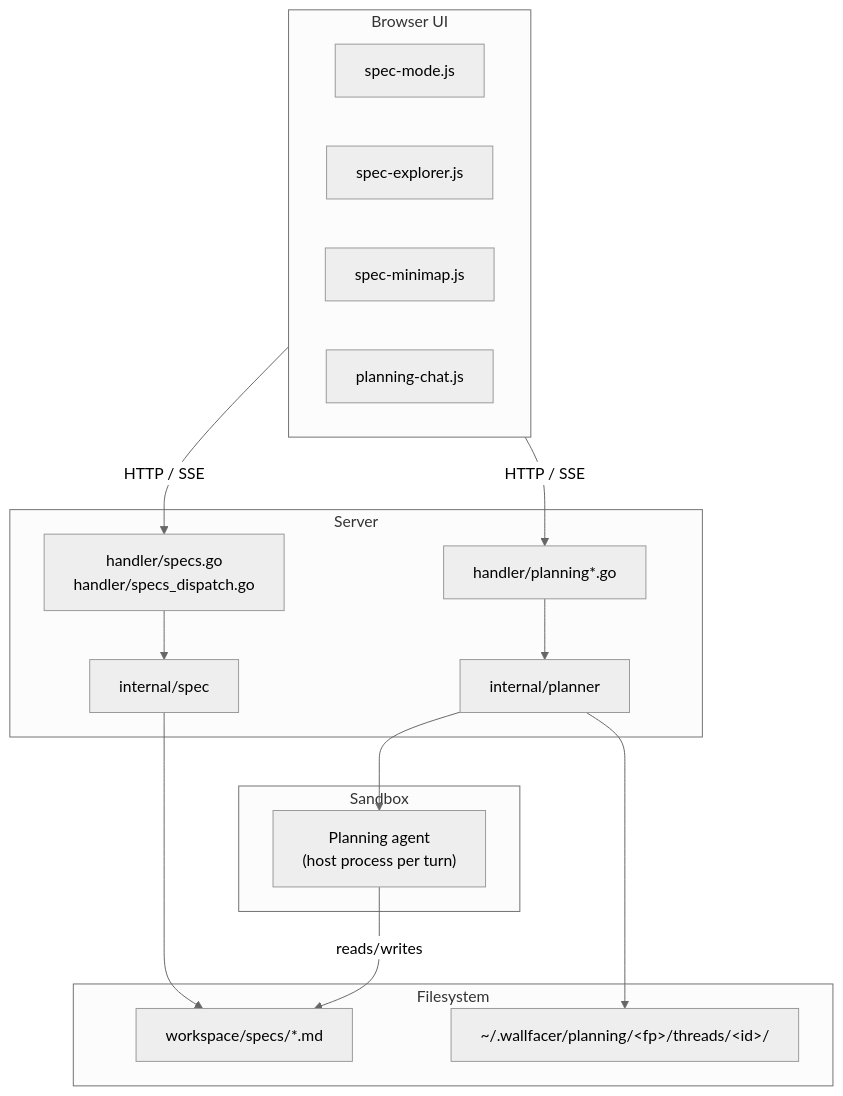
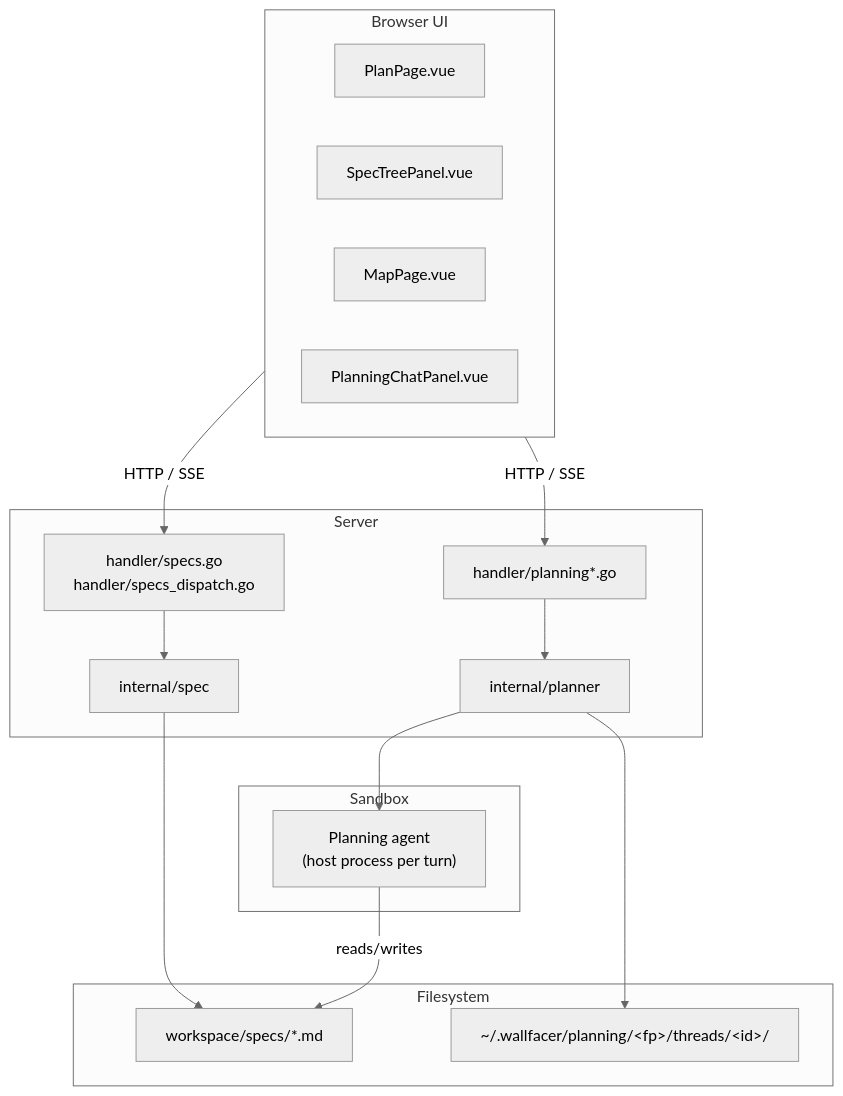
Before and after one commit to changkun/wallfacer: the first of 3 diagrams in docs/internals/plan-mode.md, drawn with Mermaid (neutral theme). The commit also changed other lines of this file and 11 other files, not shown here.

````diff
--- a/docs/internals/plan-mode.md
+++ b/docs/internals/plan-mode.md
@@ -7,31 +7,31 @@
 ```mermaid
 flowchart TB
   subgraph UI["Browser UI"]
-    ModePlan["spec-mode.js"]
-    Explorer["spec-explorer.js"]
-    Minimap["spec-minimap.js"]
-    Chat["planning-chat.js"]
+    ModePlan["PlanPage.vue"]
+    Explorer["SpecTreePanel.vue"]
+    Minimap["MapPage.vue"]
+    Chat["PlanningChatPanel.vue"]
   end
   subgraph Server
     SpecsH["handler/specs.go<br/>handler/specs_dispatch.go"]
     PlanH["handler/planning*.go"]
     Spec["internal/spec"]
     Planner["internal/planner"]
   end
   subgraph FS["Filesystem"]
     specsDir["workspace/specs/*.md"]
     threadsDir["~/.wallfacer/planning/&lt;fp&gt;/threads/&lt;id&gt;/"]
   end
   subgraph Sandbox
     Box["Planning agent<br/>(host process per turn)"]
   end
 
   UI -->|HTTP / SSE| SpecsH
   UI -->|HTTP / SSE| PlanH
   SpecsH --> Spec
   Spec --> specsDir
   PlanH --> Planner
   Planner --> Box
   Planner --> threadsDir
   Box -->|reads/writes| specsDir
 ```
````
